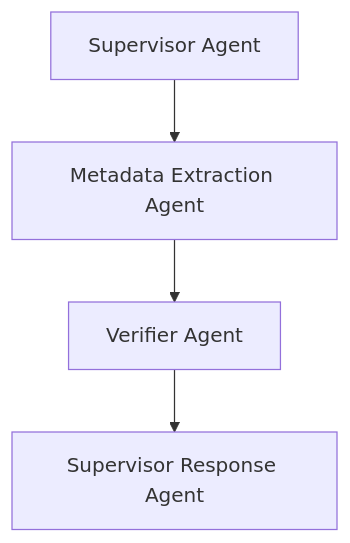
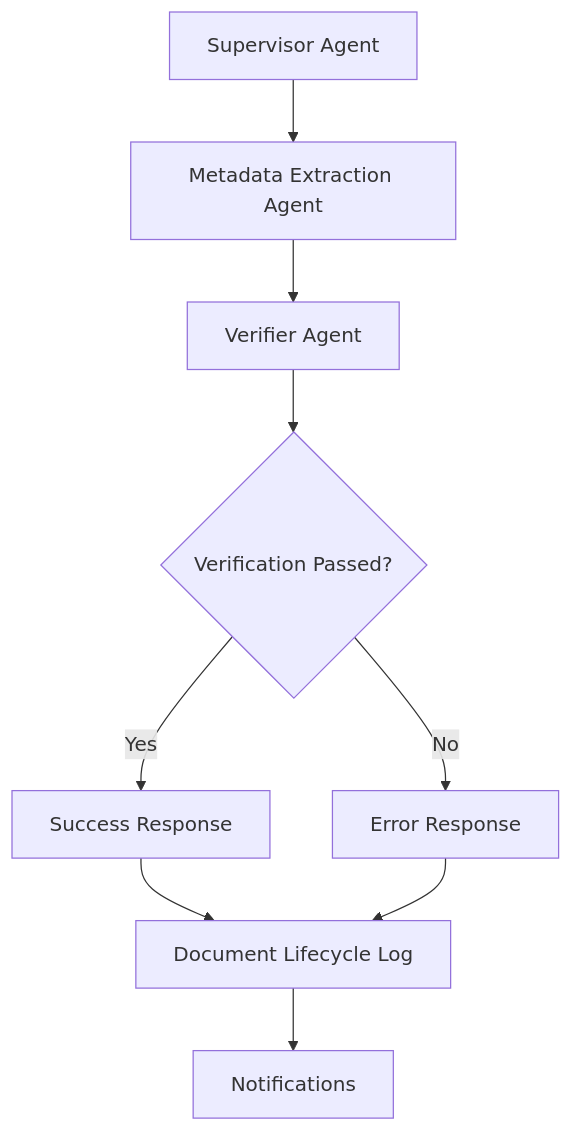
One commit to mpbrigham/materials-archive-extraction changed the diagram in V1_Linear_Flow/README.md. Above: the diagram before and after it, drawn with Mermaid. The commit also changed other lines of this file and 7 other files, not shown here.

````diff
--- a/V1_Linear_Flow/README.md
+++ b/V1_Linear_Flow/README.md
@@ -9,6 +11,11 @@
 ```mermaid
 flowchart TD
     A[Supervisor Agent] --> B[Metadata Extraction Agent]
     B --> C[Verifier Agent]
-    C --> D[Supervisor Response Agent]
+    C --> D{Verification Passed?}
+    D -->|Yes| E[Success Response]
+    D -->|No| F[Error Response]
+    E --> G[Document Lifecycle Log]
+    F --> G
+    G --> H[Notifications]
 ```
````
